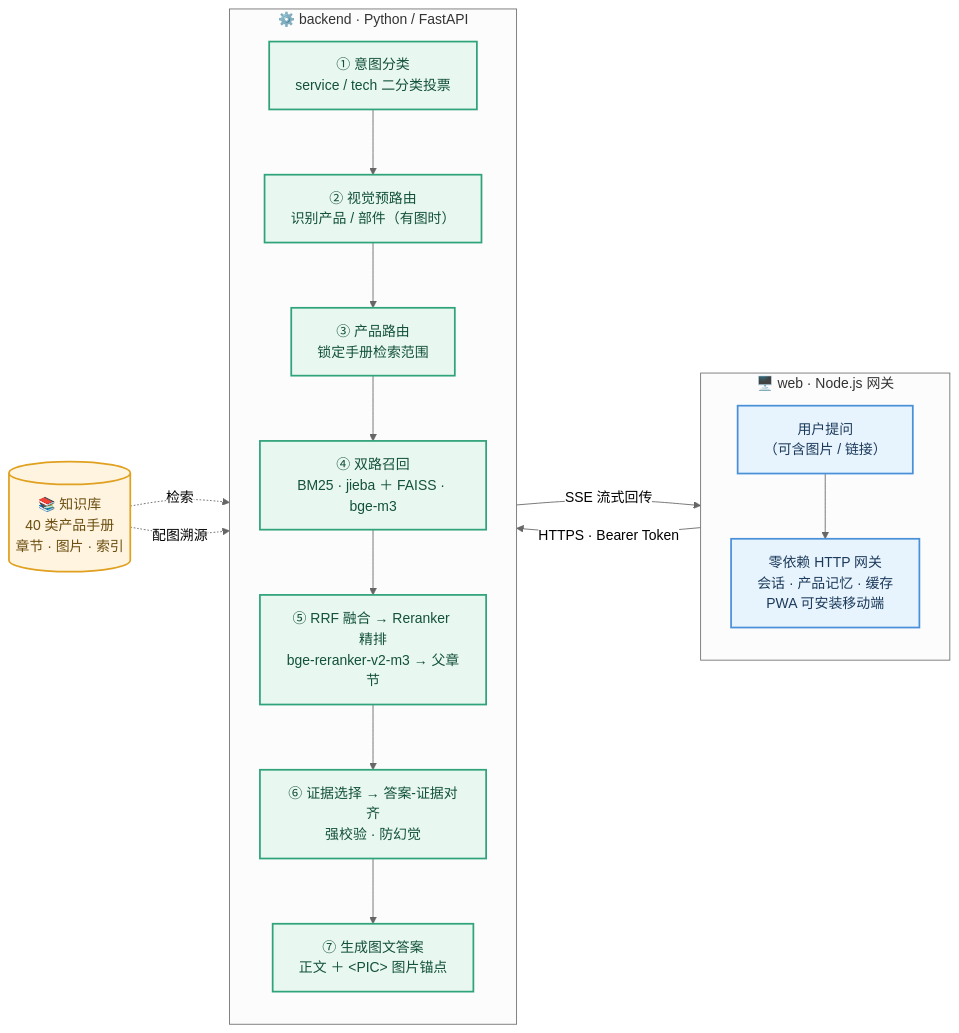
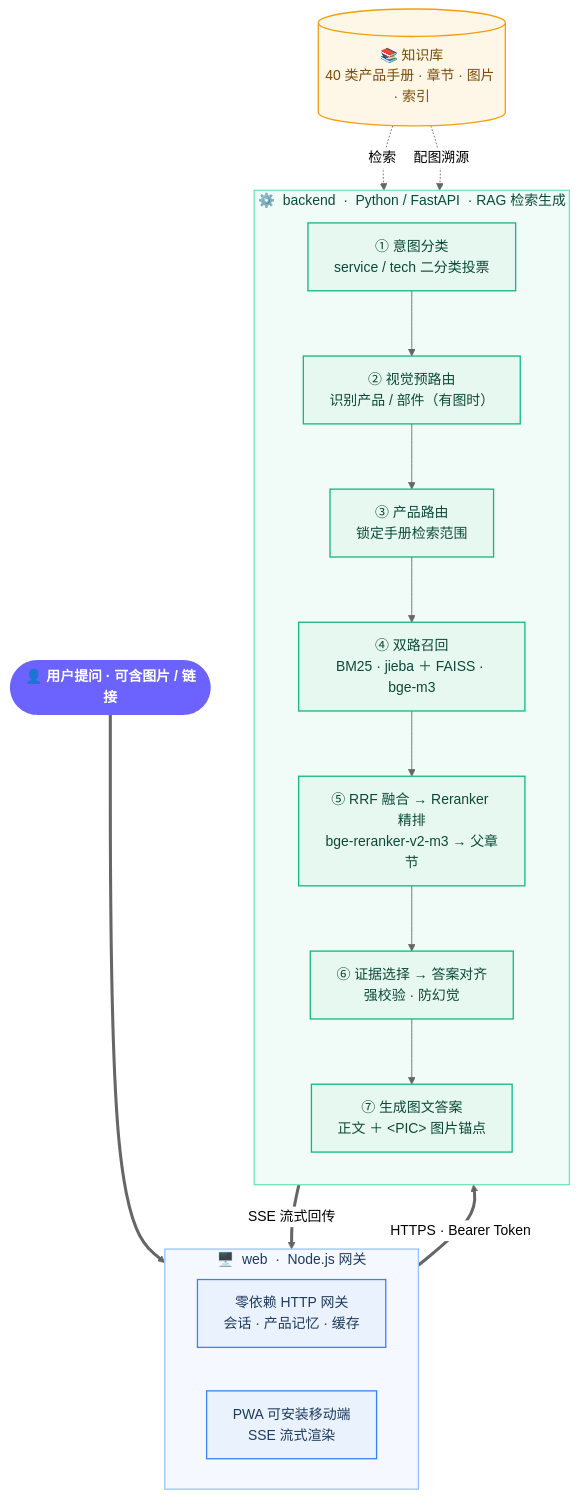
Before and after one commit to UAVLLMs/Ray-Source: the diagram in README.md, drawn with Mermaid (neutral theme).

Commit message:
docs: redesign architecture Mermaid flowchart with refined color scheme and TB layout

````diff
--- a/README.md
+++ b/README.md
@@ -116,35 +116,43 @@
 ```mermaid
-flowchart LR
-    subgraph CLIENT["🖥️ web · Node.js 网关"]
-        direction TB
-        U["用户提问<br/>（可含图片 / 链接）"]
-        W["零依赖 HTTP 网关<br/>会话 · 产品记忆 · 缓存<br/>PWA 可安装移动端"]
-        U --> W
+flowchart TB
+    U(["👤 用户提问 · 可含图片 / 链接"])
+
+    subgraph WEB["🖥️ &nbsp;web &nbsp;·&nbsp; Node.js 网关"]
+        direction LR
+        W["零依赖 HTTP 网关<br/><span>会话 · 产品记忆 · 缓存</span>"]
+        P["PWA 可安装移动端<br/><span>SSE 流式渲染</span>"]
     end
 
-    subgraph BACKEND["⚙️ backend · Python / FastAPI"]
+    subgraph BACKEND["⚙️ &nbsp;backend &nbsp;·&nbsp; Python / FastAPI &nbsp;· RAG 检索生成"]
         direction TB
-        C["① 意图分类<br/>service / tech 二分类投票"]
-        V["② 视觉预路由<br/>识别产品 / 部件（有图时）"]
-        R["③ 产品路由<br/>锁定手册检索范围"]
-        S["④ 双路召回<br/>BM25 · jieba ＋ FAISS · bge-m3"]
-        F["⑤ RRF 融合 → Reranker 精排<br/>bge-reranker-v2-m3 → 父章节"]
-        E["⑥ 证据选择 → 答案-证据对齐<br/>强校验 · 防幻觉"]
-        G["⑦ 生成图文答案<br/>正文 ＋ &lt;PIC&gt; 图片锚点"]
+        C["① 意图分类<br/><span>service / tech 二分类投票</span>"]
+        V["② 视觉预路由<br/><span>识别产品 / 部件（有图时）</span>"]
+        R["③ 产品路由<br/><span>锁定手册检索范围</span>"]
+        S["④ 双路召回<br/><span>BM25 · jieba ＋ FAISS · bge-m3</span>"]
+        F["⑤ RRF 融合 → Reranker 精排<br/><span>bge-reranker-v2-m3 → 父章节</span>"]
+        E["⑥ 证据选择 → 答案对齐<br/><span>强校验 · 防幻觉</span>"]
+        G["⑦ 生成图文答案<br/><span>正文 ＋ &lt;PIC&gt; 图片锚点</span>"]
         C --> V --> R --> S --> F --> E --> G
     end
 
-    W -->|"HTTPS · Bearer Token"| C
-    G -->|"SSE 流式回传"| W
+    KB[("📚 知识库<br/><span>40 类产品手册 · 章节 · 图片 · 索引</span>")]
 
-    KB[("📚 知识库<br/>40 类产品手册<br/>章节 · 图片 · 索引")]
-    KB -.检索.-> S
-    KB -.配图溯源.-> G
+    U ==> WEB
+    WEB == "HTTPS · Bearer Token" ==> C
+    G == "SSE 流式回传" ==> WEB
+    KB -. "检索" .-> S
+    KB -. "配图溯源" .-> G
 
-    classDef client fill:#E8F4FD,stroke:#4A90D9,stroke-width:2px,color:#1B3A5B;
-    classDef backend fill:#E9F7F1,stroke:#2FA37A,stroke-width:2px,color:#12513A;
-    classDef store fill:#FFF4E0,stroke:#E0A020,stroke-width:2px,color:#6B4E10;
-    class U,W client;
+    classDef user fill:#6C63FF,stroke:#4B44CC,stroke-width:0px,color:#ffffff,font-weight:bold;
+    classDef web fill:#EAF2FE,stroke:#3B82F6,stroke-width:1.5px,color:#1E3A5F;
+    classDef backend fill:#E7F8F1,stroke:#10B981,stroke-width:1.5px,color:#0B4A37;
+    classDef store fill:#FEF6E7,stroke:#F59E0B,stroke-width:1.5px,color:#7A4E0A;
+
+    class U user;
+    class W,P web;
     class C,V,R,S,F,E,G backend;
     class KB store;
+
+    style WEB fill:#F5F9FF,stroke:#93C5FD,stroke-width:1.5px,color:#1E3A5F
+    style BACKEND fill:#F1FCF8,stroke:#6EE7B7,stroke-width:1.5px,color:#0B4A37
 ```
````
